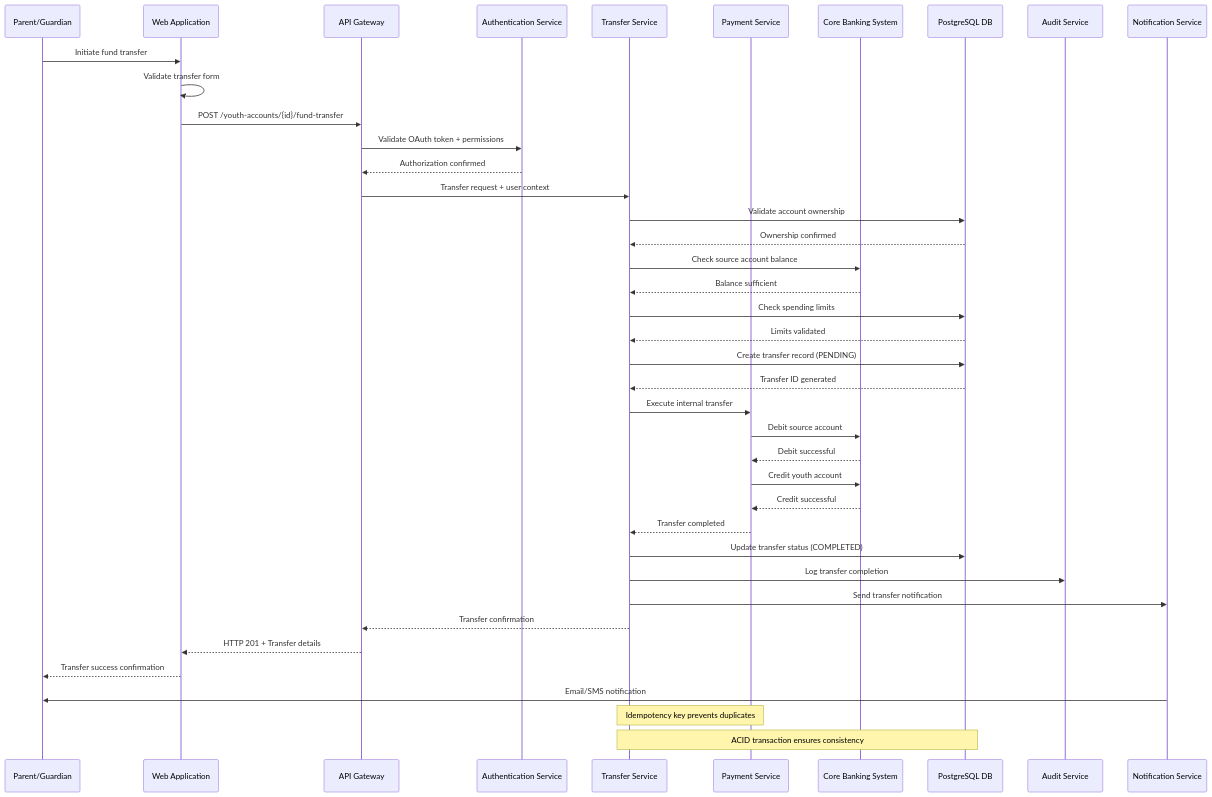
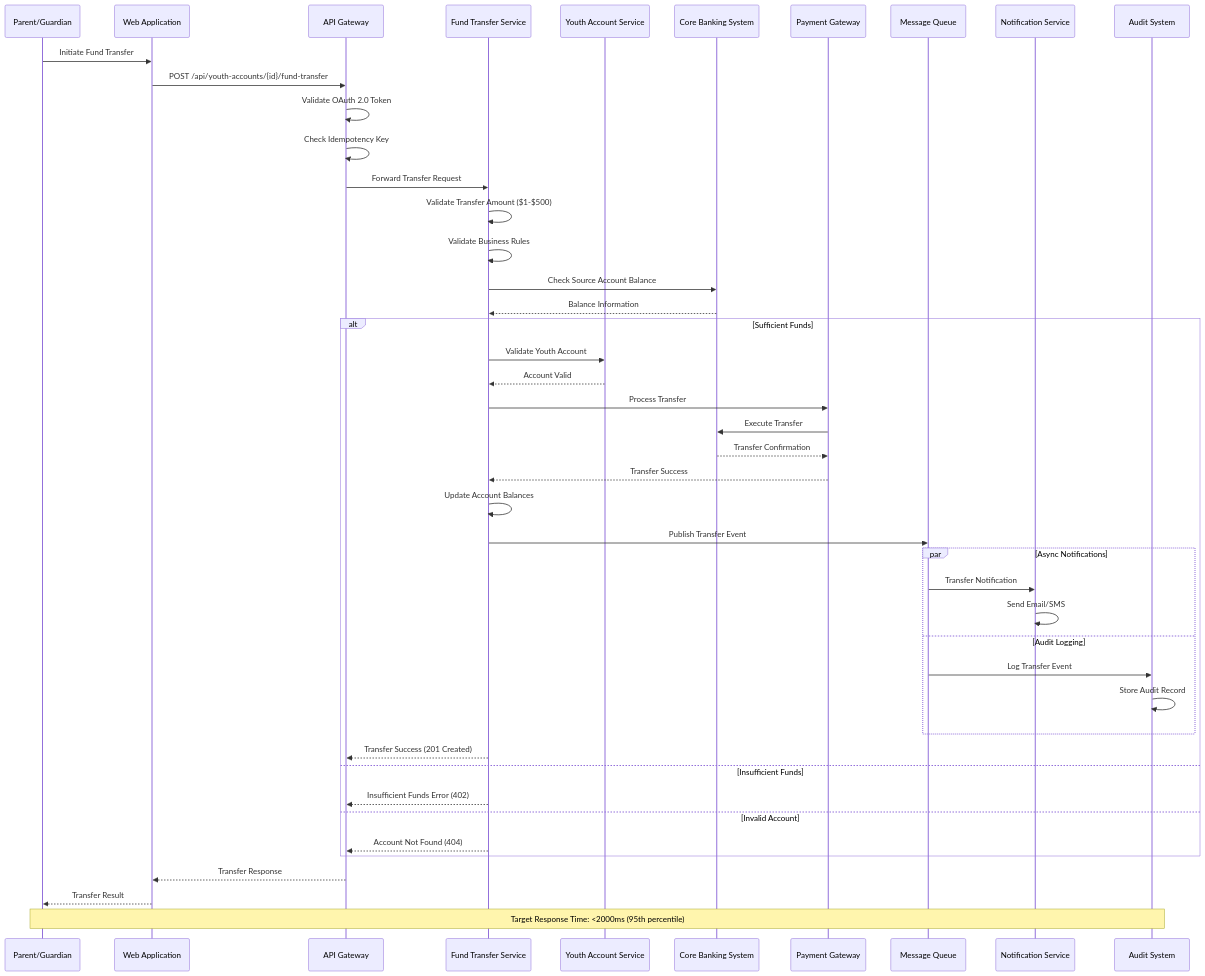
The second of 8 diagrams in API Development/Components and Sequence Diagrams/sequence_diagram.md (ThapaswiASC/SCIB-INCEPTION-PHASE-DEMO), drawn with Mermaid before and after one commit. The commit also changed other lines of this file and 1 other file, not shown here.

````diff
--- a/API Development/Components and Sequence Diagrams/sequence_diagram.md
+++ b/API Development/Components and Sequence Diagrams/sequence_diagram.md
@@ -64,48 +58,59 @@
 ```mermaid
 sequenceDiagram
     participant Parent as Parent/Guardian
     participant WebApp as Web Application
     participant APIGateway as API Gateway
-    participant AuthSvc as Authentication Service
-    participant TransferSvc as Transfer Service
-    participant PaymentSvc as Payment Service
+    participant TransferService as Fund Transfer Service
+    participant YouthService as Youth Account Service
     participant CoreBanking as Core Banking System
-    participant Database as PostgreSQL DB
-    participant AuditSvc as Audit Service
-    participant NotificationSvc as Notification Service
-
-    Parent->>WebApp: Initiate fund transfer
-    WebApp->>WebApp: Validate transfer form
-    WebApp->>APIGateway: POST /youth-accounts/{id}/fund-transfer
-    APIGateway->>AuthSvc: Validate OAuth token + permissions
-    AuthSvc-->>APIGateway: Authorization confirmed
-    APIGateway->>TransferSvc: Transfer request + user context
+    participant PaymentGateway as Payment Gateway
+    participant MessageQueue as Message Queue
+    participant NotificationService as Notification Service
+    participant AuditSystem as Audit System
     
-    TransferSvc->>Database: Validate account ownership
-    Database-->>TransferSvc: Ownership confirmed
-    TransferSvc->>CoreBanking: Check source account balance
-    CoreBanking-->>TransferSvc: Balance sufficient
-    TransferSvc->>Database: Check spending limits
-    Database-->>TransferSvc: Limits validated
+    Parent->>WebApp: Initiate Fund Transfer
+    WebApp->>APIGateway: POST /api/youth-accounts/{id}/fund-transfer
+    APIGateway->>APIGateway: Validate OAuth 2.0 Token
+    APIGateway->>APIGateway: Check Idempotency Key
+    APIGateway->>TransferService: Forward Transfer Request
     
-    TransferSvc->>Database: Create transfer record (PENDING)
-    Database-->>TransferSvc: Transfer ID generated
-    TransferSvc->>PaymentSvc: Execute internal transfer
-    PaymentSvc->>CoreBanking: Debit source account
-    CoreBanking-->>PaymentSvc: Debit successful
-    PaymentSvc->>CoreBanking: Credit youth account
-    CoreBanking-->>PaymentSvc: Credit successful
-    PaymentSvc-->>TransferSvc: Transfer completed
+    TransferService->>TransferService: Validate Transfer Amount ($1-$500)
+    TransferService->>TransferService: Validate Business Rules
     
-    TransferSvc->>Database: Update transfer status (COMPLETED)
-    TransferSvc->>AuditSvc: Log transfer completion
-    TransferSvc->>NotificationSvc: Send transfer notification
-    TransferSvc-->>APIGateway: Transfer confirmation
-    APIGateway-->>WebApp: HTTP 201 + Transfer details
-    WebApp-->>Parent: Transfer success confirmation
+    TransferService->>CoreBanking: Check Source Account Balance
+    CoreBanking-->>TransferService: Balance Information
     
-    NotificationSvc->>Parent: Email/SMS notification
+    alt Sufficient Funds
+        TransferService->>YouthService: Validate Youth Account
+        YouthService-->>TransferService: Account Valid
+        
+        TransferService->>PaymentGateway: Process Transfer
+        PaymentGateway->>CoreBanking: Execute Transfer
+        CoreBanking-->>PaymentGateway: Transfer Confirmation
+        PaymentGateway-->>TransferService: Transfer Success
+        
+        TransferService->>TransferService: Update Account Balances
+        TransferService->>MessageQueue: Publish Transfer Event
+        
+        par Async Notifications
+            MessageQueue->>NotificationService: Transfer Notification
+            NotificationService->>NotificationService: Send Email/SMS
+        and Audit Logging
+            MessageQueue->>AuditSystem: Log Transfer Event
+            AuditSystem->>AuditSystem: Store Audit Record
+        end
+        
+        TransferService-->>APIGateway: Transfer Success (201 Created)
+        
+    else Insufficient Funds
+        TransferService-->>APIGateway: Insufficient Funds Error (402)
+        
+    else Invalid Account
+        TransferService-->>APIGateway: Account Not Found (404)
+    end
     
-    Note over TransferSvc,PaymentSvc: Idempotency key prevents duplicates
-    Note over TransferSvc,Database: ACID transaction ensures consistency
+    APIGateway-->>WebApp: Transfer Response
+    WebApp-->>Parent: Transfer Result
+    
+    Note over Parent, AuditSystem: Target Response Time: <2000ms (95th percentile)
 ```
````
